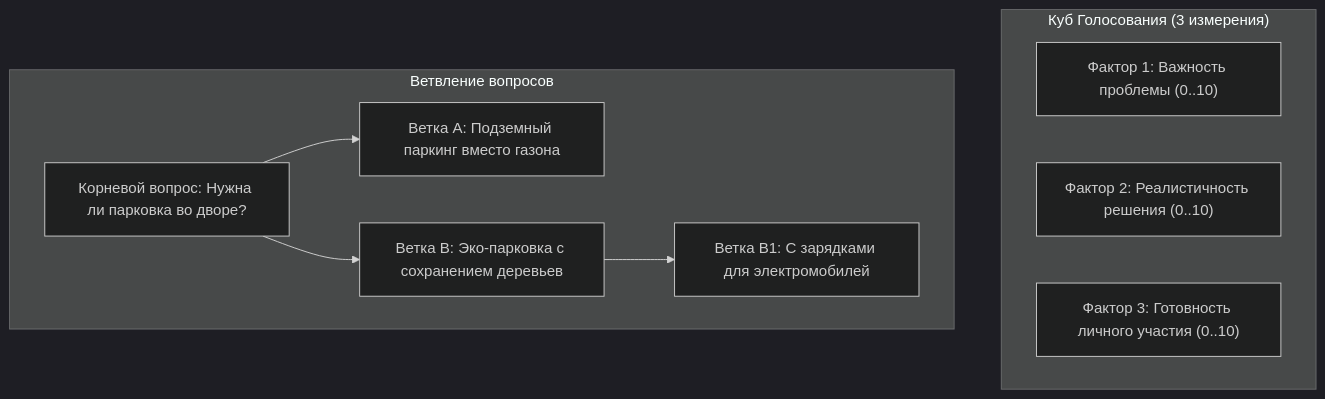
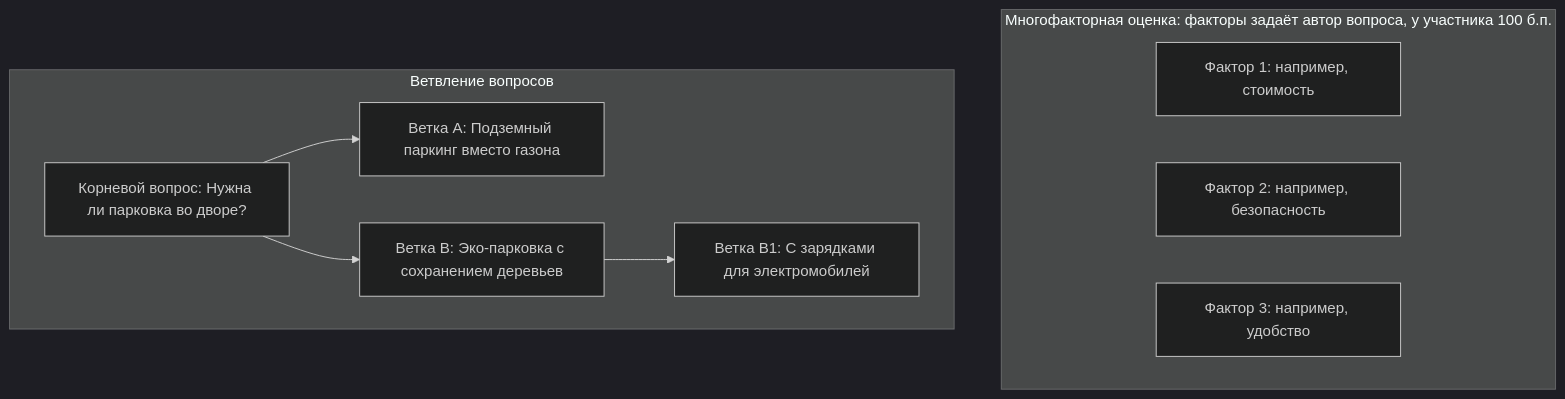
One commit to Data-Independence-Network/presentations changed the second of 4 diagrams in shared_docs/whitepapers/02_applications_suite_whitepaper.md. Above: the diagram before and after it, drawn with Mermaid (dark theme). The commit also changed other lines of this file and 11 other files, not shown here.

````diff
--- a/shared_docs/whitepapers/02_applications_suite_whitepaper.md
+++ b/shared_docs/whitepapers/02_applications_suite_whitepaper.md
@@ -93,14 +93,14 @@
 ```mermaid
 graph TD
-    subgraph Voting_Cube ["Куб Голосования (3 измерения)"]
-        F1["Фактор 1: Важность проблемы (0..10)"]
-        F2["Фактор 2: Реалистичность решения (0..10)"]
-        F3["Фактор 3: Готовность личного участия (0..10)"]
+    subgraph Voting_Cube ["Многофакторная оценка: факторы задаёт автор вопроса, у участника 100 б.п."]
+        F1["Фактор 1: например, стоимость"]
+        F2["Фактор 2: например, безопасность"]
+        F3["Фактор 3: например, удобство"]
     end
     subgraph Tree_Branching ["Ветвление вопросов"]
         Q["Корневой вопрос: Нужна ли парковка во дворе?"]
         Q --> A1["Ветка A: Подземный паркинг вместо газона"]
         Q --> A2["Ветка B: Эко-парковка с сохранением деревьев"]
         A2 --> A2_1["Ветка B1: С зарядками для электромобилей"]
     end
 ```
````
